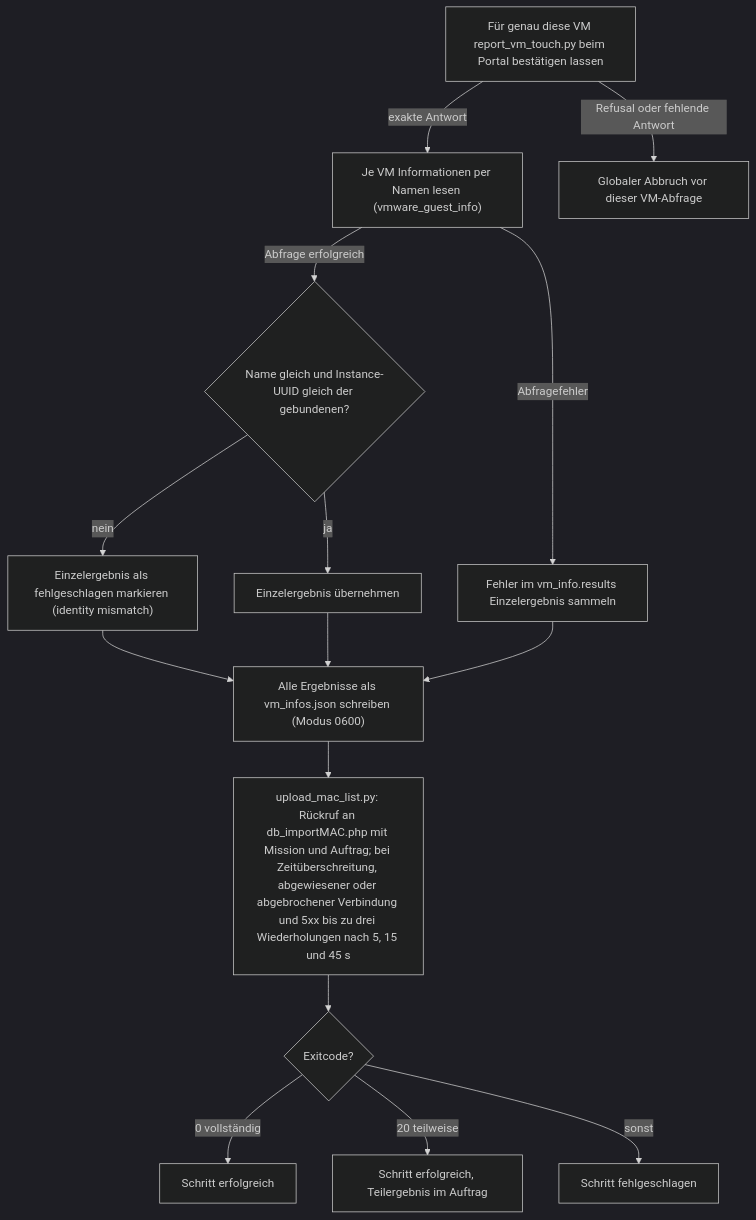
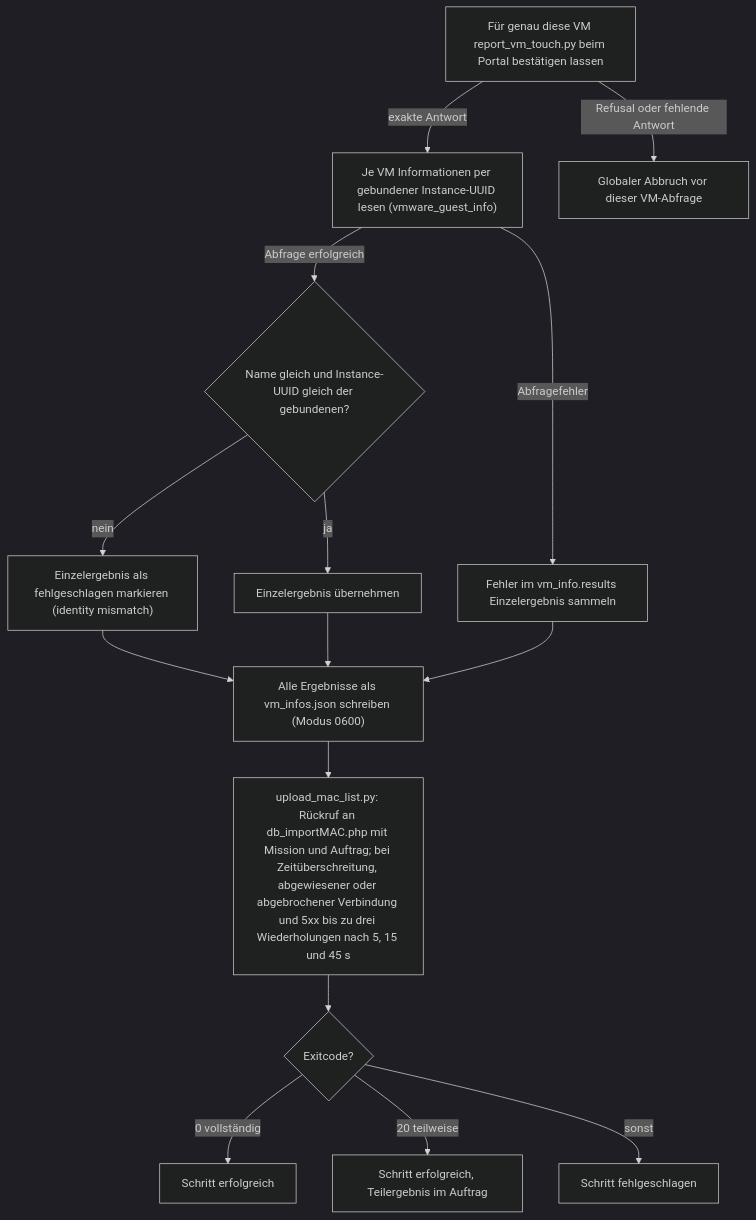
The tenth of 13 diagrams in docs/operations/deploy-flows.md (Samy94M/VirtuSphere-v2-WebApp), drawn with Mermaid (dark theme) before and after one commit. The commit also changed other lines of this file and 31 other files, not shown here.

````diff
--- a/docs/operations/deploy-flows.md
+++ b/docs/operations/deploy-flows.md
@@ -362,17 +362,17 @@
 ```mermaid
 flowchart TD
-  A["Für genau diese VM report_vm_touch.py beim Portal bestätigen lassen"] -->|exakte Antwort| B["Je VM Informationen per Namen lesen (vmware_guest_info)"]
+  A["Für genau diese VM report_vm_touch.py beim Portal bestätigen lassen"] -->|exakte Antwort| B["Je VM Informationen per gebundener Instance-UUID lesen (vmware_guest_info)"]
   A -->|Refusal oder fehlende Antwort| AX["Globaler Abbruch vor dieser VM-Abfrage"]
   B -->|Abfragefehler| QX["Fehler im vm_info.results Einzelergebnis sammeln"]
   B -->|Abfrage erfolgreich| C{"Name gleich und Instance-UUID gleich der gebundenen?"}
   C -->|nein| BX["Einzelergebnis als fehlgeschlagen markieren (identity mismatch)"]
   C -->|ja| BO["Einzelergebnis übernehmen"]
   BX --> D
   BO --> D
   QX --> D
   D["Alle Ergebnisse als vm_infos.json schreiben (Modus 0600)"] --> E["upload_mac_list.py: Rückruf an db_importMAC.php mit Mission und Auftrag; bei Zeitüberschreitung, abgewiesener oder abgebrochener Verbindung und 5xx bis zu drei Wiederholungen nach 5, 15 und 45 s"]
   E --> F{"Exitcode?"}
   F -->|0 vollständig| E0["Schritt erfolgreich"]
   F -->|20 teilweise| E20["Schritt erfolgreich, Teilergebnis im Auftrag"]
   F -->|sonst| EX["Schritt fehlgeschlagen"]
 ```
````
